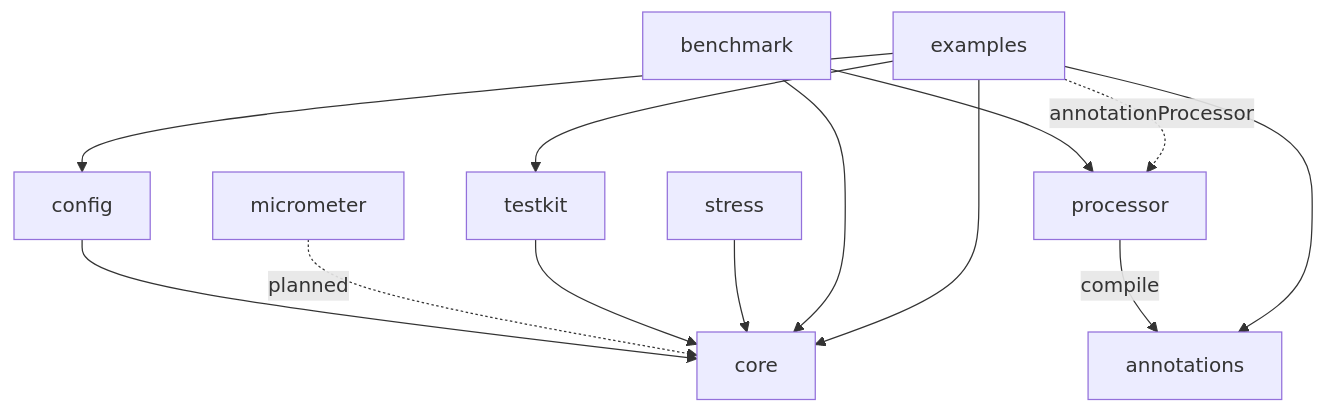
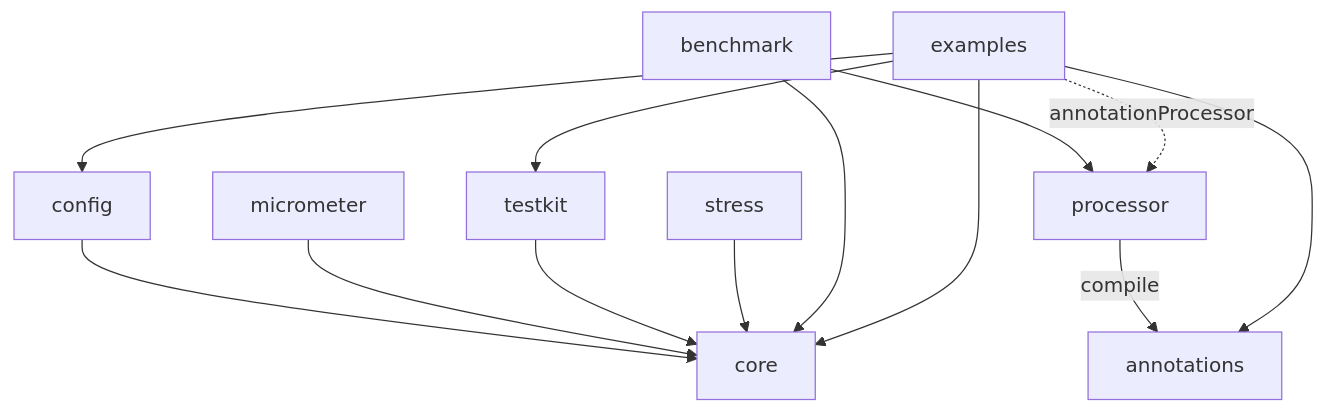
One commit to fabiangftech/resilience4cata changed the second of 2 diagrams in docs/en/architecture.md. Above: the diagram before and after it, drawn with Mermaid. The commit also changed other lines of this file and 98 other files, not shown here.

````diff
--- a/docs/en/architecture.md
+++ b/docs/en/architecture.md
@@ -165,15 +165,15 @@
 ```mermaid
 graph TD
   processor -->|compile| annotations
   config --> core
-  micrometer -.planned.-> core
+  micrometer --> core
   testkit --> core
   stress --> core
   benchmark --> core
   benchmark --> processor
   examples --> annotations
   examples --> core
   examples --> config
   examples --> testkit
   examples -.annotationProcessor.-> processor
 ```
````
